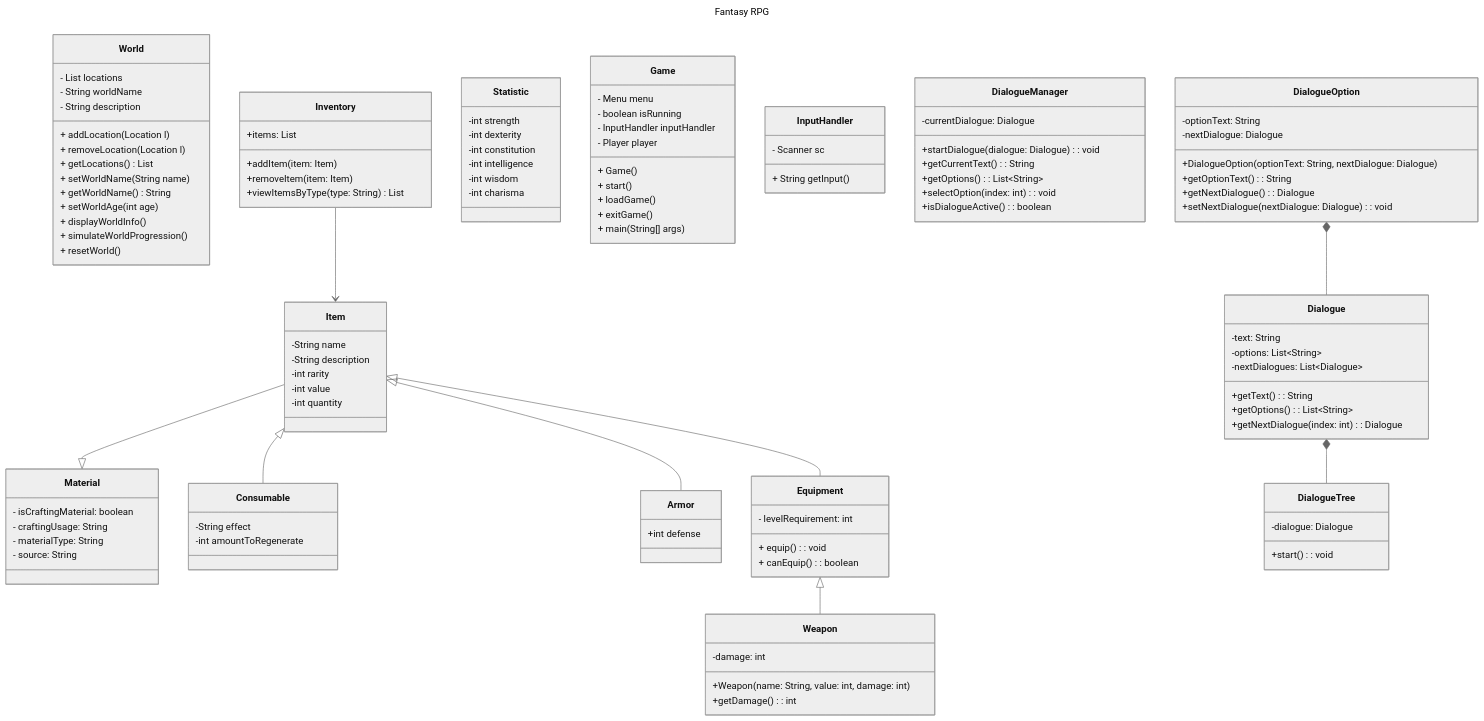
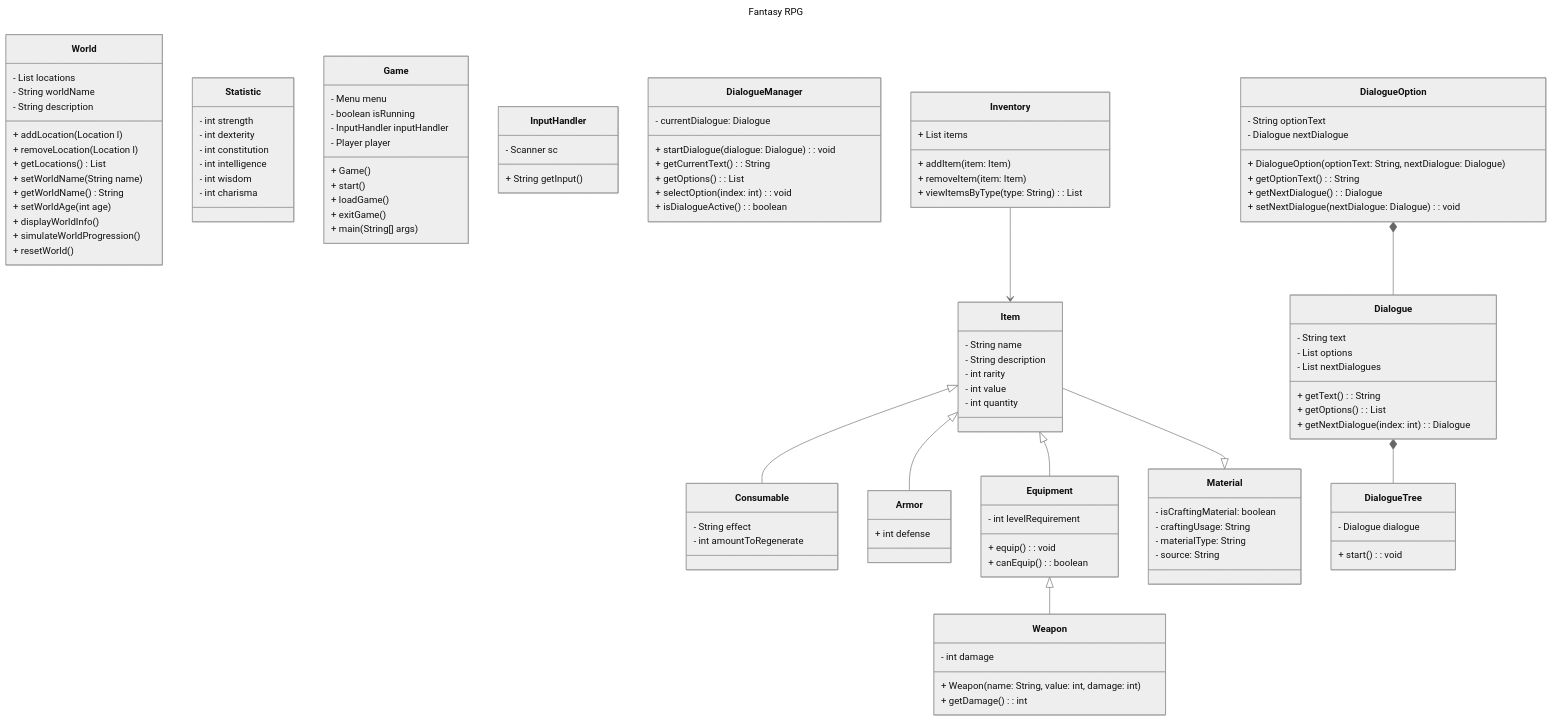
The diagram in wiki/Class-Diagram.md (pacalso-jjc/2425-2nd-cc3-1b-rpg), drawn with Mermaid (neutral theme) before and after one commit.

Commit message:
I fix the rendering error in  class diagram

````diff
--- a/wiki/Class-Diagram.md
+++ b/wiki/Class-Diagram.md
@@ -18,42 +18,37 @@
         + resetWorld()
     }
 
-    Item --|> Material
-    Inventory --> Item 
     class Material {
         - isCraftingMaterial: boolean
         - craftingUsage: String
         - materialType: String
         - source: String
-
     }
 
     class Item {
-        -String name
-        -String description
-        -int rarity
-        -int value
-        -int quantity   
-    }
-    
-    class Statistic{
- 	-int strength
-	-int dexterity
-	-int constitution
-	-int intelligence
-	-int wisdom
-	-int charisma
+        - String name
+        - String description
+        - int rarity
+        - int value
+        - int quantity   
     }
 
-    Item <|-- Consumable
-    class Consumable {
-        -String effect
-        -int amountToRegenerate 
+    class Statistic {
+        - int strength
+        - int dexterity
+        - int constitution
+        - int intelligence
+        - int wisdom
+        - int charisma
     }
 
-    Item <|-- Armor
+    class Consumable {
+        - String effect
+        - int amountToRegenerate 
+    }
+
     class Armor {
-        +int defense
+        + int defense
     }
 
     class Game {
@@ -71,62 +66,65 @@
     class InputHandler {
         - Scanner sc
         + String getInput()
-
     }
 
     class DialogueManager {
-        -currentDialogue: Dialogue
-        +startDialogue(dialogue: Dialogue): void
-        +getCurrentText(): String
-        +getOptions(): List~String~
-        +selectOption(index: int): void
-        +isDialogueActive(): boolean
+        - currentDialogue: Dialogue
+        + startDialogue(dialogue: Dialogue): void
+        + getCurrentText(): String
+        + getOptions(): List<String>
+        + selectOption(index: int): void
+        + isDialogueActive(): boolean
     } 
 
-    Dialogue *-- DialogueTree 
-    class DialogueTree{
-        -dialogue: Dialogue
-        +start(): void
+    class DialogueTree {
+        - Dialogue dialogue
+        + start(): void
     }
 
-    DialogueOption *-- Dialogue
     class Dialogue {
-        -text: String
-        -options: List~String~
-        -nextDialogues: List~Dialogue~
-        +getText(): String
-        +getOptions(): List~String~
-        +getNextDialogue(index: int): Dialogue
+        - String text
+        - List<String> options
+        - List<Dialogue> nextDialogues
+        + getText(): String
+        + getOptions(): List<String>
+        + getNextDialogue(index: int): Dialogue
     }
 
     class DialogueOption {
-        -optionText: String
-        -nextDialogue: Dialogue
-        +DialogueOption(optionText: String, nextDialogue: Dialogue)
-        +getOptionText(): String
-        +getNextDialogue(): Dialogue
-        +setNextDialogue(nextDialogue: Dialogue): void
+        - String optionText
+        - Dialogue nextDialogue
+        + DialogueOption(optionText: String, nextDialogue: Dialogue)
+        + getOptionText(): String
+        + getNextDialogue(): Dialogue
+        + setNextDialogue(nextDialogue: Dialogue): void
     }
 
-    Equipment <|-- Weapon
-    class Weapon {
-        -damage: int
-        +Weapon(name: String, value: int, damage: int)
-        +getDamage(): int
-    }
-    
-    Item <|-- Equipment
     class Equipment {
-        - levelRequirement: int
+        - int levelRequirement
         + equip(): void
         + canEquip(): boolean
     }
 
-    class Inventory {
-        +items: List<Item>
-        +addItem(item: Item)
-        +removeItem(item: Item)
-        +viewItemsByType(type: String) List
+    class Weapon {
+        - int damage
+        + Weapon(name: String, value: int, damage: int)
+        + getDamage(): int
     }
 
+    class Inventory {
+        + List<Item> items
+        + addItem(item: Item)
+        + removeItem(item: Item)
+        + viewItemsByType(type: String): List<Item>
+    } 
+
+    Item <|-- Consumable
+    Item <|-- Armor
+    Item <|-- Equipment
+    Equipment <|-- Weapon
+    Inventory --> Item 
+    Item --|> Material
+    Dialogue *-- DialogueTree 
+    DialogueOption *-- Dialogue
 ```
````
